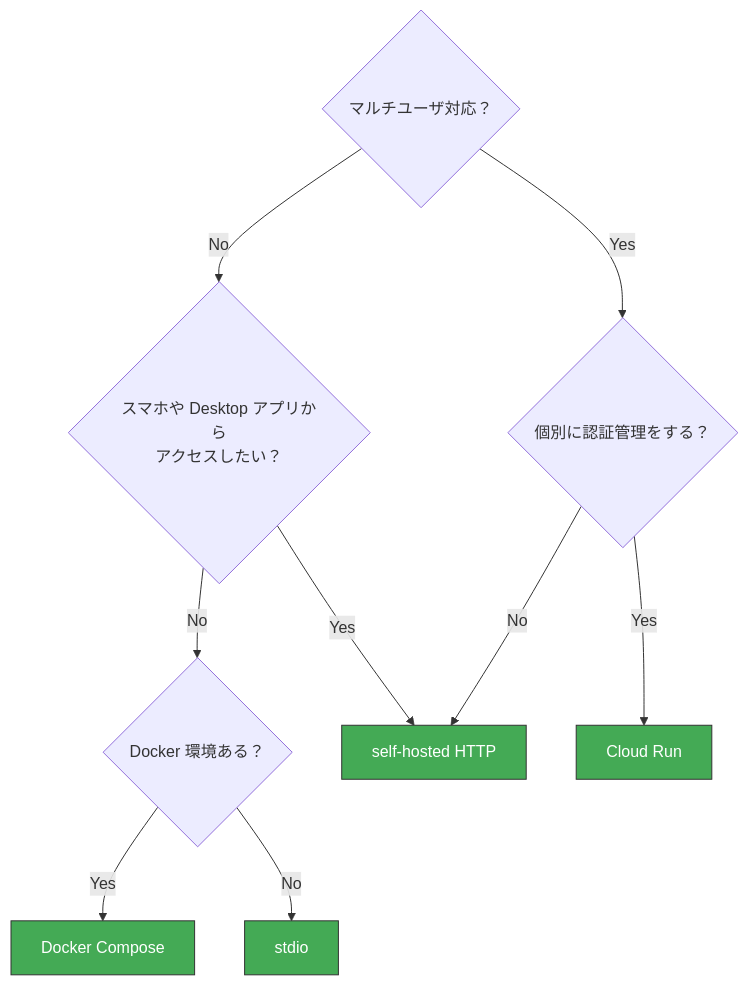
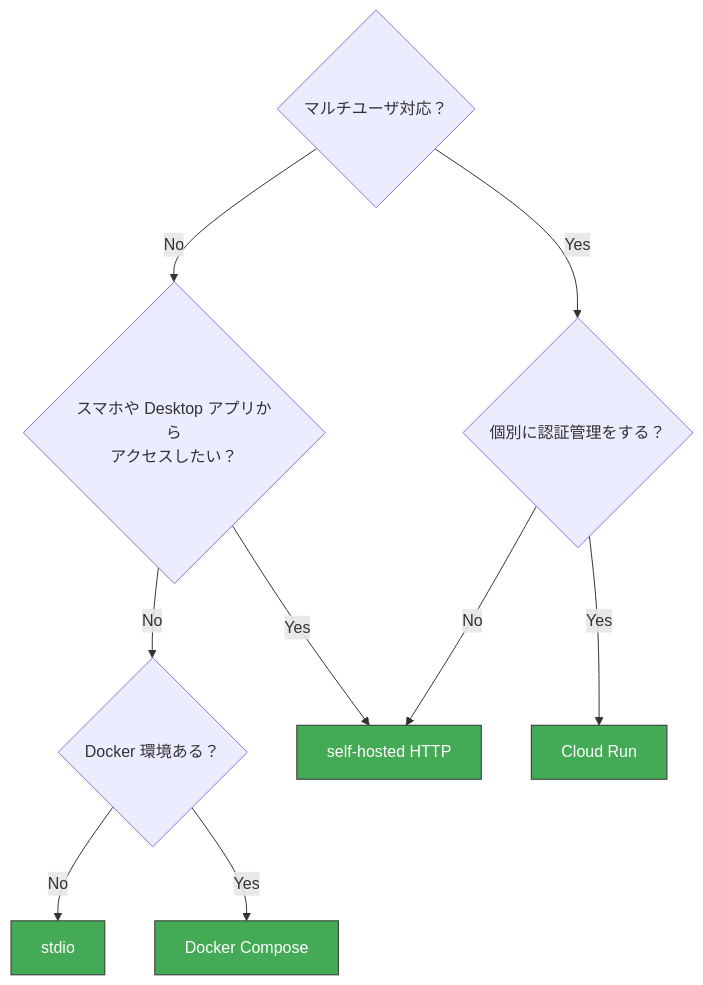
The first of 5 diagrams in docs/deploy/README.md (shigechika/jquants-mcp), drawn with Mermaid before and after one commit. The commit also changed other lines of this file, not shown here.

Commit message:
docs: put No edges before Yes in flowchart so No is always on the left

````diff
--- a/docs/deploy/README.md
+++ b/docs/deploy/README.md
@@ -14,20 +14,20 @@
 ```mermaid
 flowchart TD
     Q1{"マルチユーザ対応？"}
     Q1 -->|No| Q2{"スマホや Desktop アプリから<br/>アクセスしたい？"}
     Q1 -->|Yes| Q3{"個別に認証管理をする？"}
 
     Q2 -->|No| Q4{"Docker 環境ある？"}
     Q2 -->|Yes| R3["self-hosted HTTP"]
 
+    Q4 -->|No| R2["stdio"]
     Q4 -->|Yes| R1["Docker Compose"]
-    Q4 -->|No| R2["stdio"]
 
+    Q3 -->|No| R3
     Q3 -->|Yes| R4["Cloud Run"]
-    Q3 -->|No| R3
 
     style R1 fill:#4a5,stroke:#333,color:#fff
     style R2 fill:#4a5,stroke:#333,color:#fff
     style R3 fill:#4a5,stroke:#333,color:#fff
     style R4 fill:#4a5,stroke:#333,color:#fff
 ```
````
